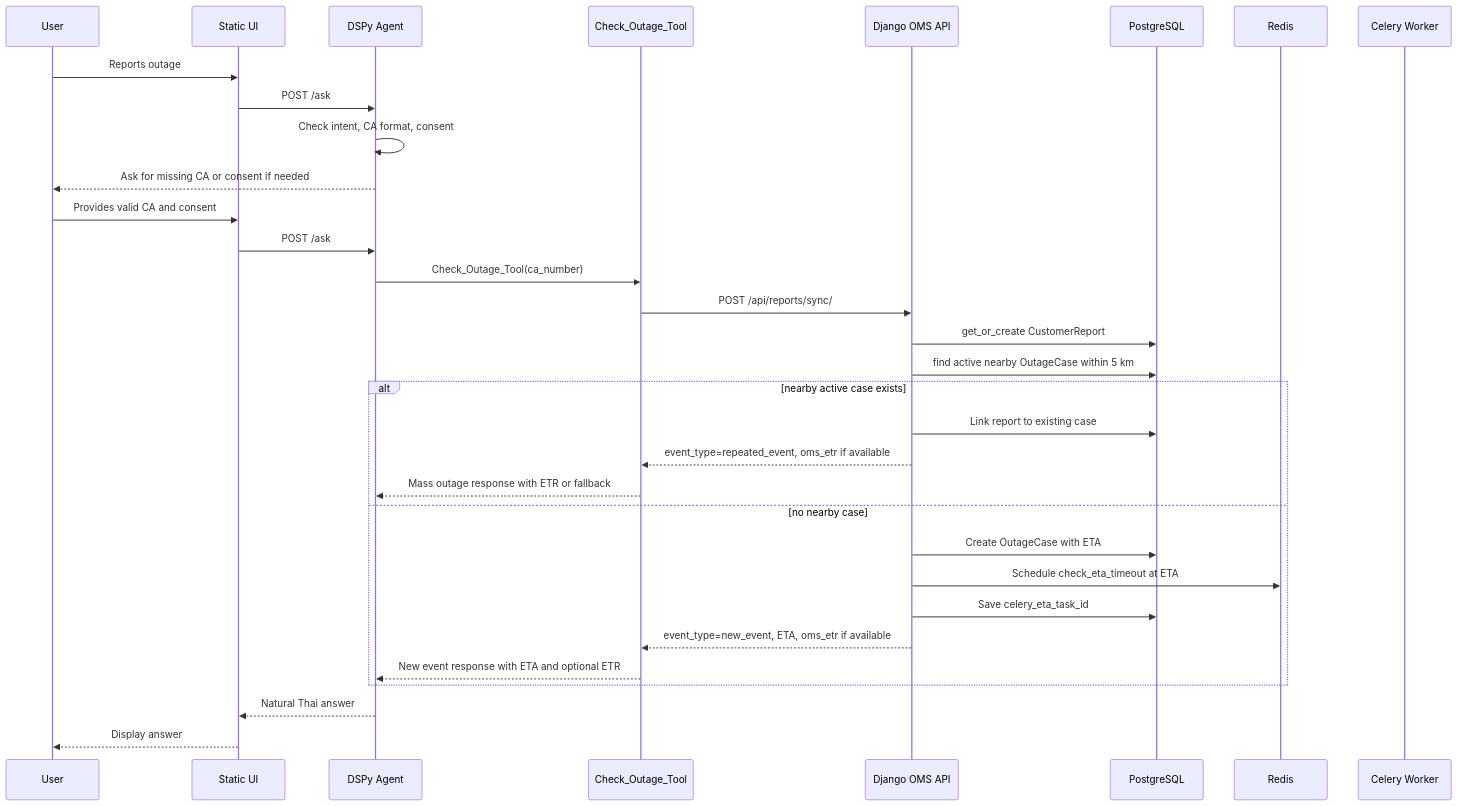
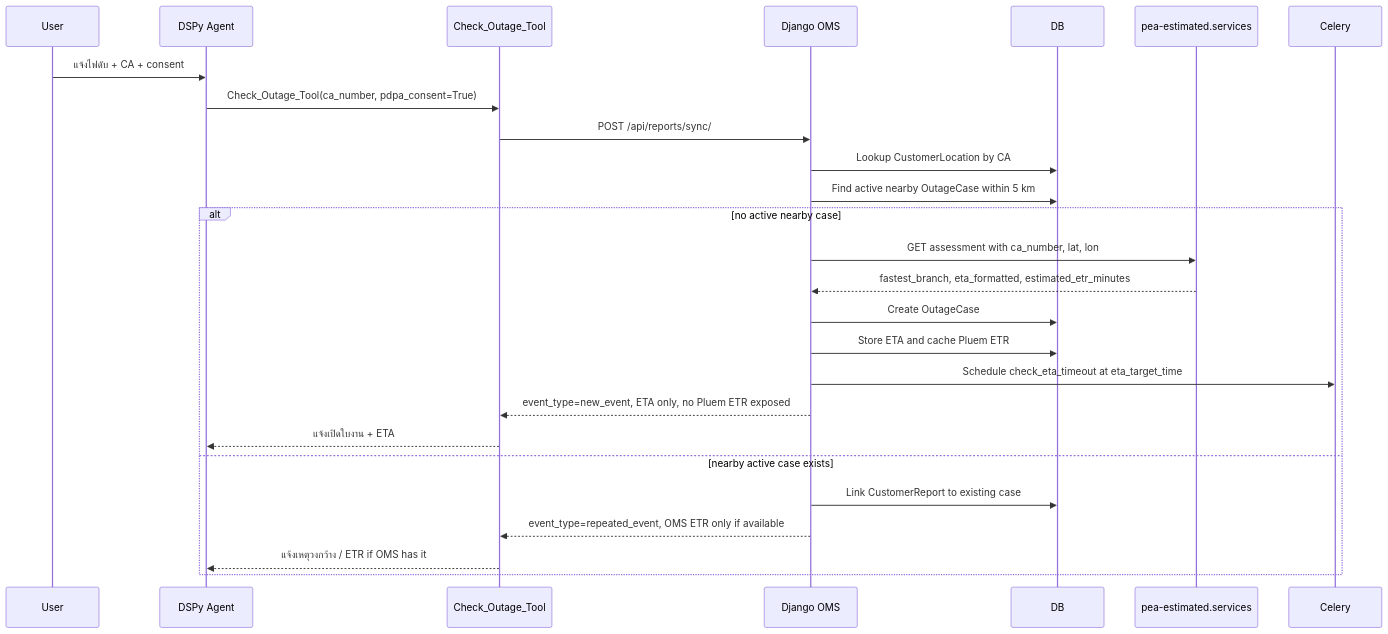
One commit to Atothegod/poc_excise changed the second of 3 diagrams in SYSTEM_ARCHITECTURE.md. Above: the diagram before and after it, drawn with Mermaid. The commit also changed other lines of this file and 16 other files, not shown here.

Commit message:
chore: update gitignore and clear tracked cache files on branch agent_v3

````diff
--- a/SYSTEM_ARCHITECTURE.md
+++ b/SYSTEM_ARCHITECTURE.md
@@ -265,37 +120,29 @@
 ```mermaid
 sequenceDiagram
     participant U as User
-    participant W as Static UI
     participant A as DSPy Agent
     participant T as Check_Outage_Tool
-    participant B as Django OMS API
-    participant DB as PostgreSQL
-    participant R as Redis
-    participant C as Celery Worker
+    participant O as Django OMS
+    participant D as DB
+    participant P as pea-estimated.services
+    participant C as Celery
 
-    U->>W: Reports outage
-    W->>A: POST /ask
-    A->>A: Check intent, CA format, consent
-    A-->>U: Ask for missing CA or consent if needed
-    U->>W: Provides valid CA and consent
-    W->>A: POST /ask
-    A->>T: Check_Outage_Tool(ca_number)
-    T->>B: POST /api/reports/sync/
-    B->>DB: get_or_create CustomerReport
-    B->>DB: find active nearby OutageCase within 5 km
-
-    alt nearby active case exists
-        B->>DB: Link report to existing case
-        B-->>T: event_type=repeated_event, oms_etr if available
-        T-->>A: Mass outage response with ETR or fallback
-    else no nearby case
-        B->>DB: Create OutageCase with ETA
-        B->>R: Schedule check_eta_timeout at ETA
-        B->>DB: Save celery_eta_task_id
-        B-->>T: event_type=new_event, ETA, oms_etr if available
-        T-->>A: New event response with ETA and optional ETR
+    U->>A: แจ้งไฟดับ + CA + consent
+    A->>T: Check_Outage_Tool(ca_number, pdpa_consent=True)
+    T->>O: POST /api/reports/sync/
+    O->>D: Lookup CustomerLocation by CA
+    O->>D: Find active nearby OutageCase within 5 km
+    alt no active nearby case
+        O->>P: GET assessment with ca_number, lat, lon
+        P-->>O: fastest_branch, eta_formatted, estimated_etr_minutes
+        O->>D: Create OutageCase
+        O->>D: Store ETA and cache Pluem ETR
+        O->>C: Schedule check_eta_timeout at eta_target_time
+        O-->>T: event_type=new_event, ETA only, no Pluem ETR exposed
+        T-->>A: แจ้งเปิดใบงาน + ETA
+    else nearby active case exists
+        O->>D: Link CustomerReport to existing case
+        O-->>T: event_type=repeated_event, OMS ETR only if available
+        T-->>A: แจ้งเหตุวงกว้าง / ETR if OMS has it
     end
-
-    A-->>W: Natural Thai answer
-    W-->>U: Display answer
 ```
````
